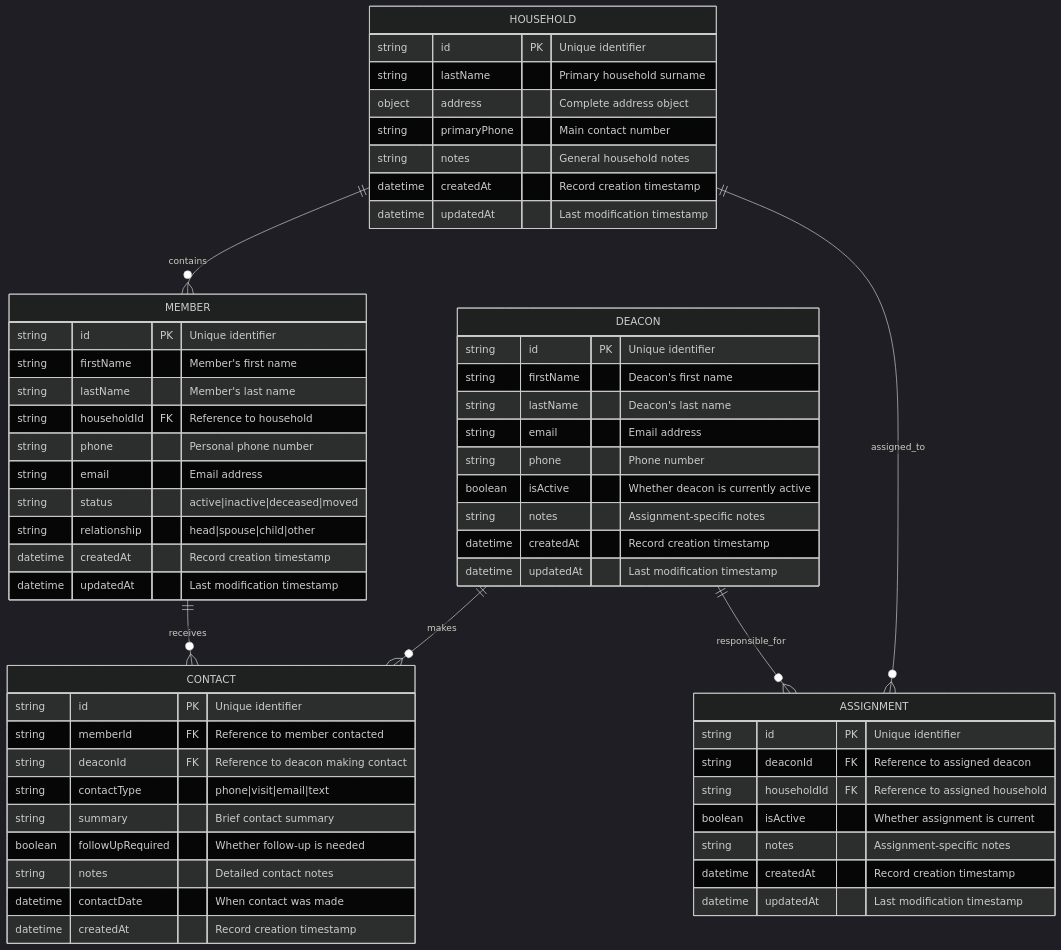
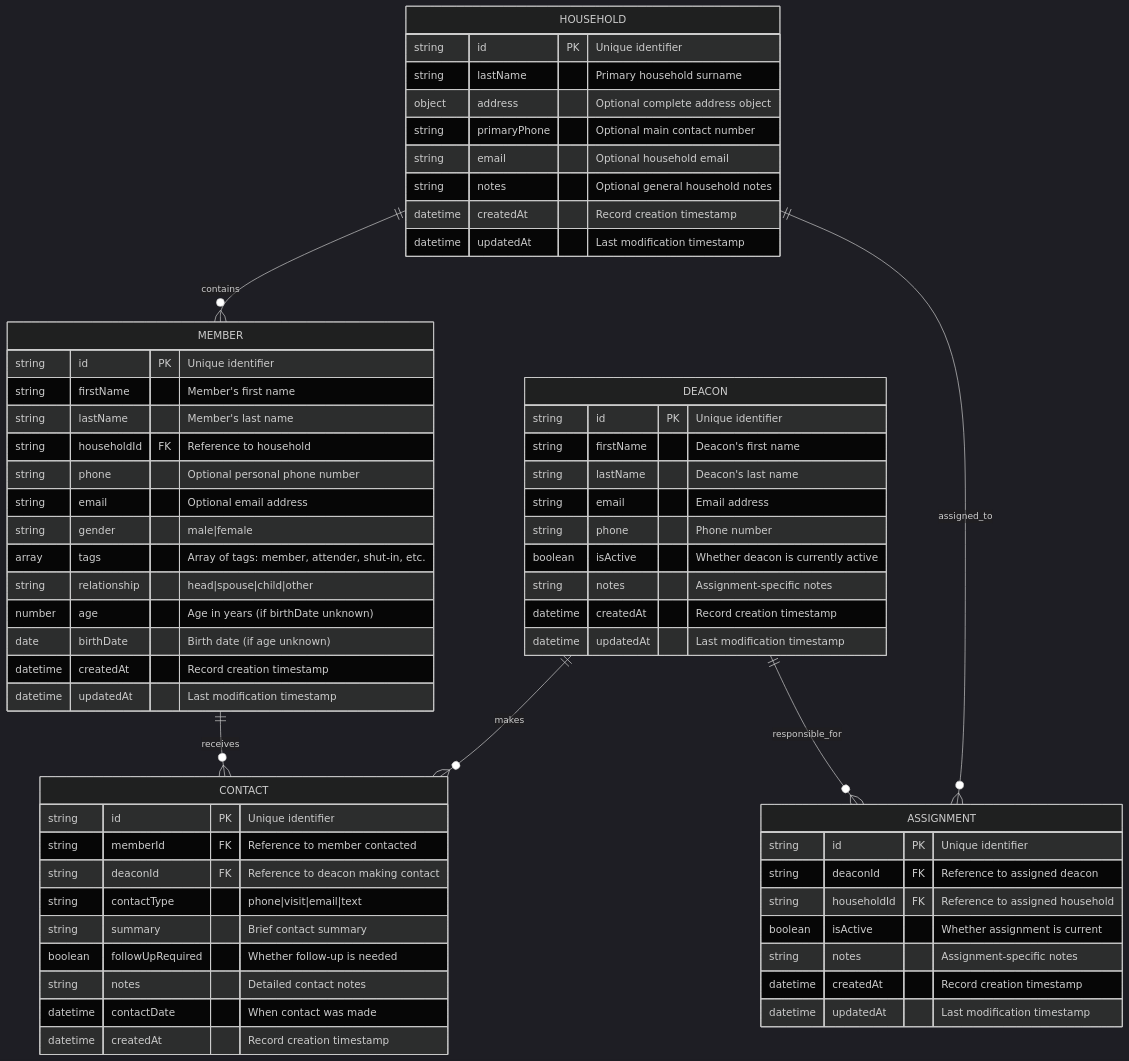
Before and after one commit to AveryRegier/actsix: the diagram in docs/database-schema.md, drawn with Mermaid (dark theme). The commit also changed other lines of this file and 5 other files, not shown here.

Commit message:
add household/member setup pages

````diff
--- a/docs/database-schema.md
+++ b/docs/database-schema.md
@@ -7,66 +7,70 @@
 ```mermaid
 erDiagram
     HOUSEHOLD {
         string id PK "Unique identifier"
         string lastName "Primary household surname"
-        object address "Complete address object"
-        string primaryPhone "Main contact number"
-        string notes "General household notes"
+        object address "Optional complete address object"
+        string primaryPhone "Optional main contact number"
+        string email "Optional household email"
+        string notes "Optional general household notes"
         datetime createdAt "Record creation timestamp"
         datetime updatedAt "Last modification timestamp"
     }
     
     MEMBER {
         string id PK "Unique identifier"
         string firstName "Member's first name"
         string lastName "Member's last name"
         string householdId FK "Reference to household"
-        string phone "Personal phone number"
-        string email "Email address"
-        string status "active|inactive|deceased|moved"
+        string phone "Optional personal phone number"
+        string email "Optional email address"
+        string gender "male|female"
+        array tags "Array of tags: member, attender, shut-in, etc."
         string relationship "head|spouse|child|other"
+        number age "Age in years (if birthDate unknown)"
+        date birthDate "Birth date (if age unknown)"
         datetime createdAt "Record creation timestamp"
         datetime updatedAt "Last modification timestamp"
     }
     
     CONTACT {
         string id PK "Unique identifier"
         string memberId FK "Reference to member contacted"
         string deaconId FK "Reference to deacon making contact"
         string contactType "phone|visit|email|text"
         string summary "Brief contact summary"
         boolean followUpRequired "Whether follow-up is needed"
         string notes "Detailed contact notes"
         datetime contactDate "When contact was made"
         datetime createdAt "Record creation timestamp"
     }
     
     DEACON {
         string id PK "Unique identifier"
         string firstName "Deacon's first name"
         string lastName "Deacon's last name"
         string email "Email address"
         string phone "Phone number"
         boolean isActive "Whether deacon is currently active"
         string notes "Assignment-specific notes"
         datetime createdAt "Record creation timestamp"
         datetime updatedAt "Last modification timestamp"
     }
     
     ASSIGNMENT {
         string id PK "Unique identifier"
         string deaconId FK "Reference to assigned deacon"
         string householdId FK "Reference to assigned household"
         boolean isActive "Whether assignment is current"
         string notes "Assignment-specific notes"
         datetime createdAt "Record creation timestamp"
         datetime updatedAt "Last modification timestamp"
     }
     
     %% Relationships
     HOUSEHOLD ||--o{ MEMBER : "contains"
     MEMBER ||--o{ CONTACT : "receives"
     DEACON ||--o{ CONTACT : "makes"
     DEACON ||--o{ ASSIGNMENT : "responsible_for"
     HOUSEHOLD ||--o{ ASSIGNMENT : "assigned_to"
 ```
````
